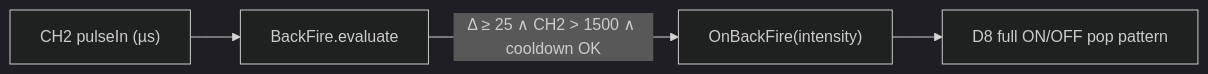
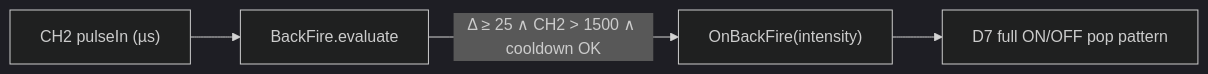
Before and after one commit to aurum86/rc_car_lights: the diagram in doc/technical.md, drawn with Mermaid (dark theme). The commit also changed other lines of this file and 1 other file, not shown here.

Commit message:
Update pin assignments for exhaust and reverse in rc_car_lights.ino; adjust technical documentation to reflect changes in pin usage and clarify backfire LED behavior.

````diff
--- a/doc/technical.md
+++ b/doc/technical.md
@@ -128,8 +128,8 @@
 ```mermaid
 flowchart LR
   CH2["CH2 pulseIn (µs)"]
   BF["BackFire.evaluate"]
   CH2 --> BF
   BF -->|"Δ ≥ 25 ∧ CH2 > 1500 ∧ cooldown OK"| OF["OnBackFire(intensity)"]
-  OF --> LED["D8 full ON/OFF pop pattern"]
+  OF --> LED["D7 full ON/OFF pop pattern"]
 ```
````
